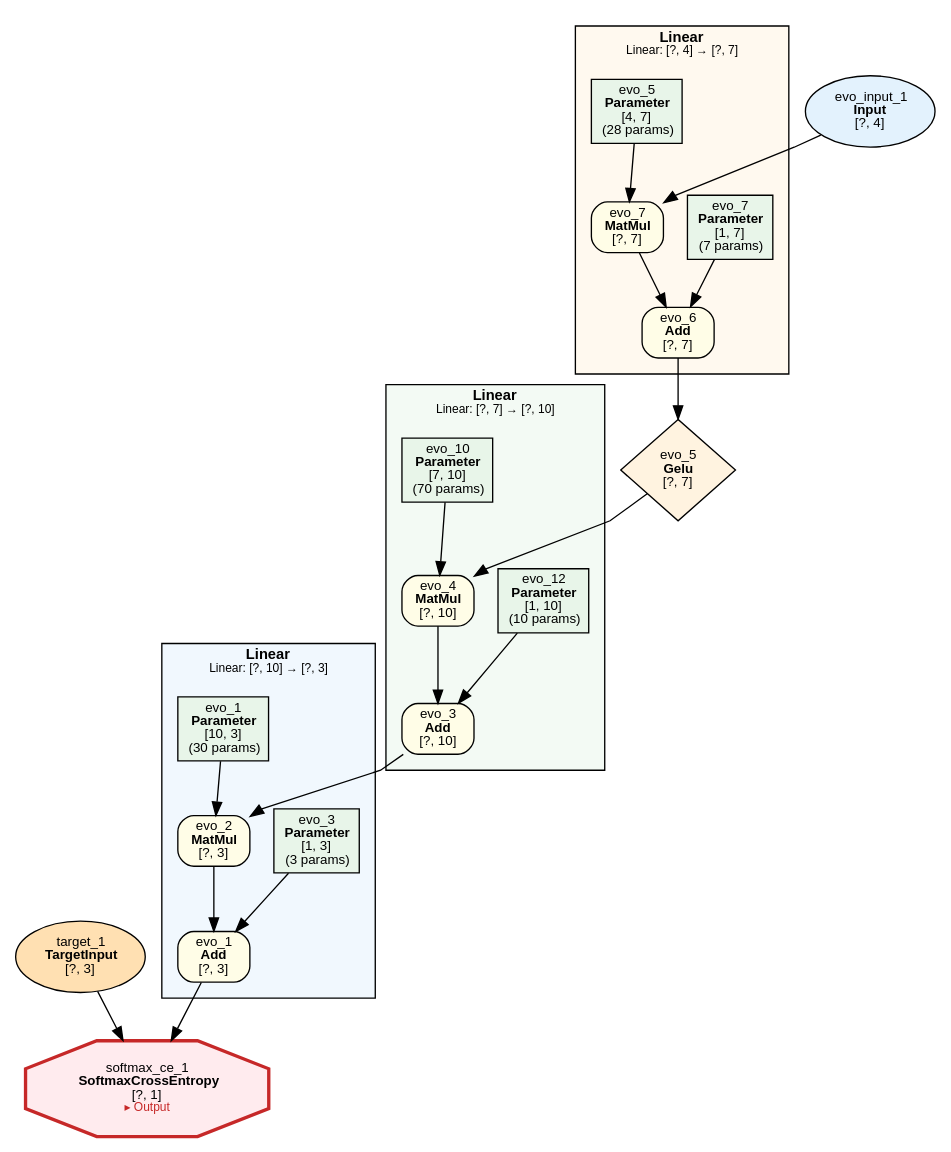
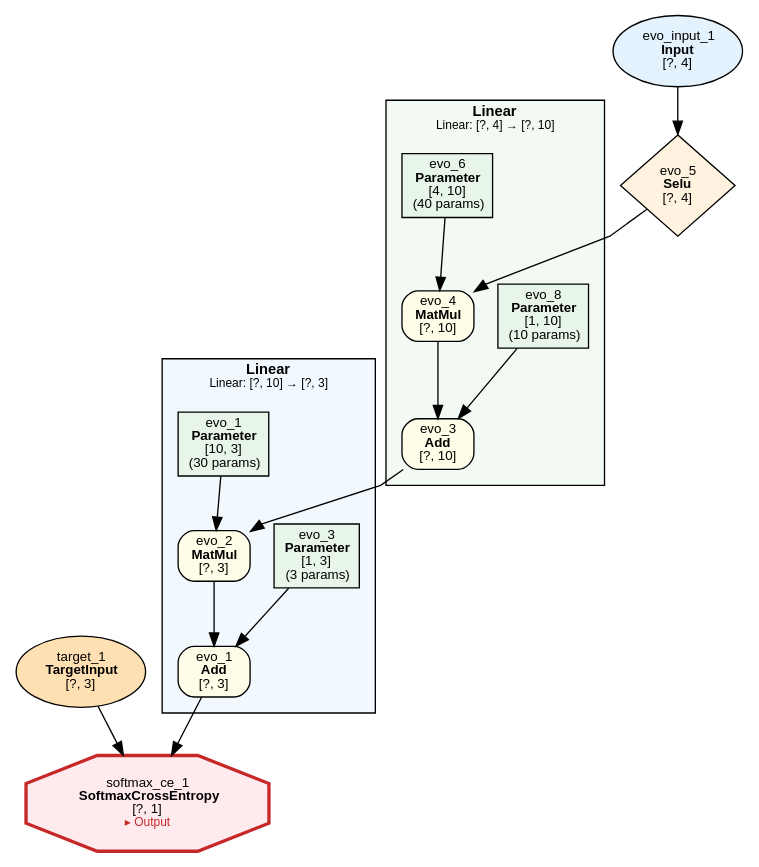
Before and after one commit to dbsxdbsx/only_torch: the diagram in examples/evolution/iris/evolution_iris.dot, drawn with Graphviz. The commit also changed 25 other files, not shown here.

```diff
--- a/examples/evolution/iris/evolution_iris.dot
+++ b/examples/evolution/iris/evolution_iris.dot
@@ -1,67 +1,50 @@
 digraph ComputeGraph {
     rankdir=TB;
     newrank=true;
     splines=polyline;
     node [fontname="Microsoft YaHei,SimHei,Arial"];
     edge [fontname="Microsoft YaHei,SimHei,Arial"];
 
     subgraph cluster_group_linear_0 {
         label=<<B>Linear</B><BR/><FONT POINT-SIZE="9">Linear: [?, 10] → [?, 3]</FONT>>;
         style=filled;
         fillcolor="#E3F2FD80";
         fontname="Microsoft YaHei,SimHei,Arial";
         fontsize=11;
         margin=12;
             "2" [label=<evo_1<BR/><B>Add</B><BR/>[?, 3]> shape=box style="filled,rounded" fillcolor="#FFFDE7" fontsize=10];
             "4" [label=<evo_2<BR/><B>MatMul</B><BR/>[?, 3]> shape=box style="filled,rounded" fillcolor="#FFFDE7" fontsize=10];
             "5" [label=<evo_3<BR/><B>Parameter</B><BR/>[1, 3]<BR/>(3 params)> shape=box style=filled fillcolor="#E8F5E9" fontsize=10];
             "7" [label=<evo_1<BR/><B>Parameter</B><BR/>[10, 3]<BR/>(30 params)> shape=box style=filled fillcolor="#E8F5E9" fontsize=10];
     }
 
-    subgraph cluster_group_linear_2 {
-        label=<<B>Linear</B><BR/><FONT POINT-SIZE="9">Linear: [?, 7] → [?, 10]</FONT>>;
+    subgraph cluster_group_linear_1 {
+        label=<<B>Linear</B><BR/><FONT POINT-SIZE="9">Linear: [?, 4] → [?, 10]</FONT>>;
         style=filled;
         fillcolor="#E8F5E980";
         fontname="Microsoft YaHei,SimHei,Arial";
         fontsize=11;
         margin=12;
             "6" [label=<evo_3<BR/><B>Add</B><BR/>[?, 10]> shape=box style="filled,rounded" fillcolor="#FFFDE7" fontsize=10];
             "8" [label=<evo_4<BR/><B>MatMul</B><BR/>[?, 10]> shape=box style="filled,rounded" fillcolor="#FFFDE7" fontsize=10];
-            "9" [label=<evo_12<BR/><B>Parameter</B><BR/>[1, 10]<BR/>(10 params)> shape=box style=filled fillcolor="#E8F5E9" fontsize=10];
-            "11" [label=<evo_10<BR/><B>Parameter</B><BR/>[7, 10]<BR/>(70 params)> shape=box style=filled fillcolor="#E8F5E9" fontsize=10];
-    }
-
-    subgraph cluster_group_linear_1 {
-        label=<<B>Linear</B><BR/><FONT POINT-SIZE="9">Linear: [?, 4] → [?, 7]</FONT>>;
-        style=filled;
-        fillcolor="#FFF3E080";
-        fontname="Microsoft YaHei,SimHei,Arial";
-        fontsize=11;
-        margin=12;
-            "12" [label=<evo_6<BR/><B>Add</B><BR/>[?, 7]> shape=box style="filled,rounded" fillcolor="#FFFDE7" fontsize=10];
-            "13" [label=<evo_7<BR/><B>MatMul</B><BR/>[?, 7]> shape=box style="filled,rounded" fillcolor="#FFFDE7" fontsize=10];
-            "14" [label=<evo_7<BR/><B>Parameter</B><BR/>[1, 7]<BR/>(7 params)> shape=box style=filled fillcolor="#E8F5E9" fontsize=10];
-            "16" [label=<evo_5<BR/><B>Parameter</B><BR/>[4, 7]<BR/>(28 params)> shape=box style=filled fillcolor="#E8F5E9" fontsize=10];
+            "9" [label=<evo_8<BR/><B>Parameter</B><BR/>[1, 10]<BR/>(10 params)> shape=box style=filled fillcolor="#E8F5E9" fontsize=10];
+            "11" [label=<evo_6<BR/><B>Parameter</B><BR/>[4, 10]<BR/>(40 params)> shape=box style=filled fillcolor="#E8F5E9" fontsize=10];
     }
 
     "1" [label=<softmax_ce_1<BR/><B>SoftmaxCrossEntropy</B><BR/>[?, 1]<BR/><FONT COLOR="#C62828" POINT-SIZE="9">▸ Output</FONT>> shape=octagon style=filled fillcolor="#FFEBEE" fontsize=10 penwidth=2.5 color="#C62828"];
     "3" [label=<target_1<BR/><B>TargetInput</B><BR/>[?, 3]> shape=ellipse style=filled fillcolor="#FFE0B2" fontsize=10];
-    "10" [label=<evo_5<BR/><B>Gelu</B><BR/>[?, 7]> shape=diamond style=filled fillcolor="#FFF3E0" fontsize=10];
-    "15" [label=<evo_input_1<BR/><B>Input</B><BR/>[?, 4]> shape=ellipse style=filled fillcolor="#E3F2FD" fontsize=10];
+    "10" [label=<evo_5<BR/><B>Selu</B><BR/>[?, 4]> shape=diamond style=filled fillcolor="#FFF3E0" fontsize=10];
+    "12" [label=<evo_input_1<BR/><B>Input</B><BR/>[?, 4]> shape=ellipse style=filled fillcolor="#E3F2FD" fontsize=10];
 
     "2" -> "1";
     "3" -> "1";
     "4" -> "2";
     "5" -> "2";
     "6" -> "4";
     "7" -> "4";
     "8" -> "6";
     "9" -> "6";
     "10" -> "8";
     "11" -> "8";
     "12" -> "10";
-    "13" -> "12";
-    "14" -> "12";
-    "15" -> "13";
-    "16" -> "13";
 }
```
